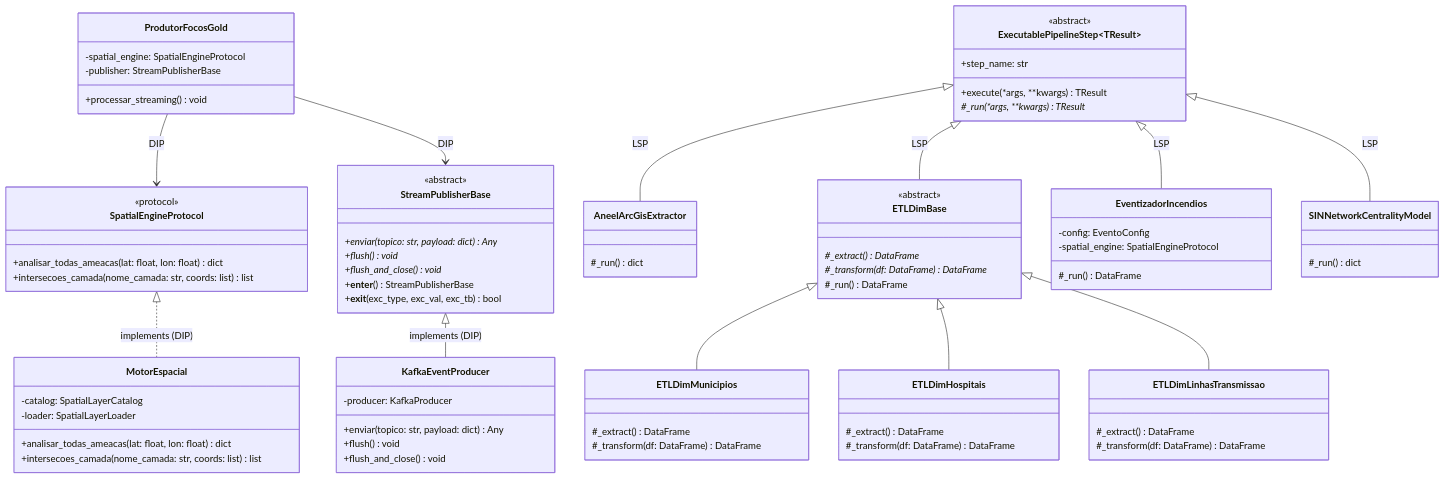
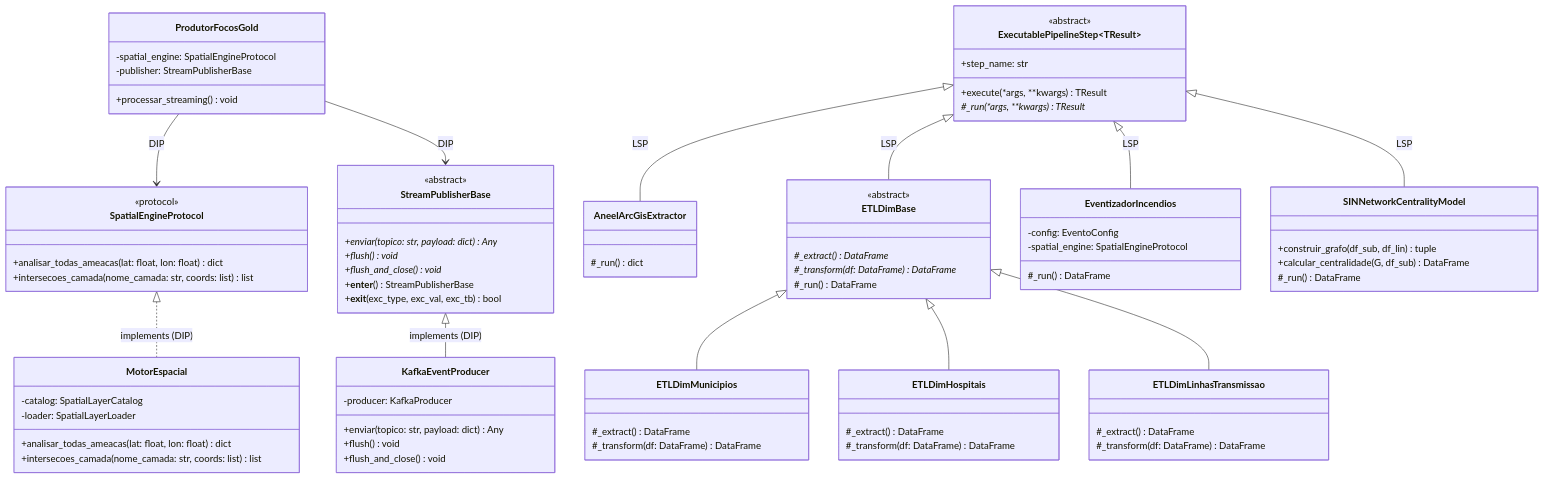
Before and after one commit to gabriel-goncalves1122/mapeamento-risco-queimadas-inpe: the first of 3 diagrams in docs/architecture/06_arquitetura_poo_solid.md, drawn with Mermaid. The commit also changed other lines of this file and 23 other files, not shown here.

Commit message:
docs(adr-architecture): adiciona adrs 001 a 006, diagramas tikz refatorados e estudo de caso territorial

```diff
--- a/docs/architecture/06_arquitetura_poo_solid.md
+++ b/docs/architecture/06_arquitetura_poo_solid.md
@@ -124,7 +124,9 @@
     }
 
     class SINNetworkCentralityModel {
-        #_run() dict
+        +construir_grafo(df_sub, df_lin) tuple
+        +calcular_centralidade(G, df_sub) DataFrame
+        #_run() DataFrame
     }
 
     class MotorEspacial {
```
